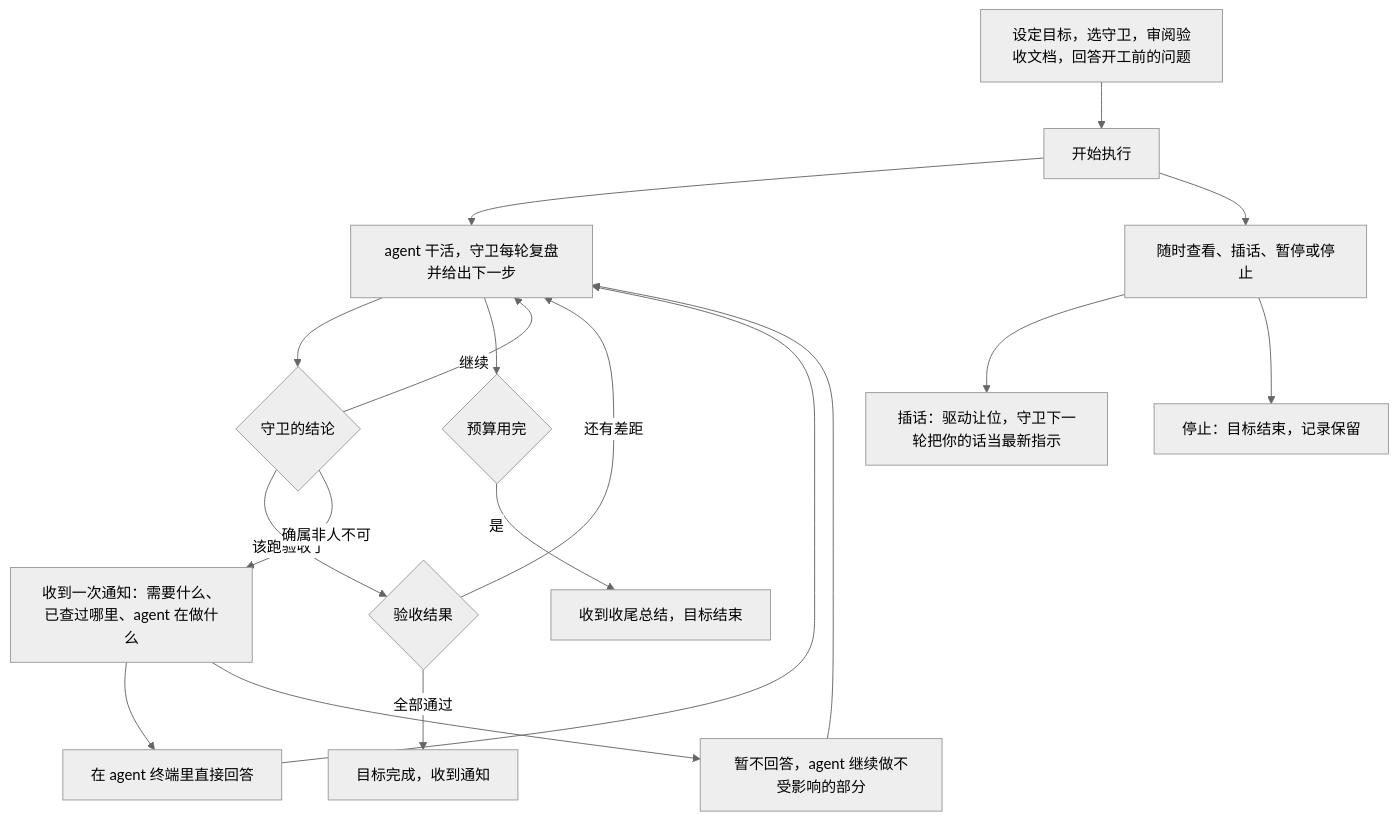
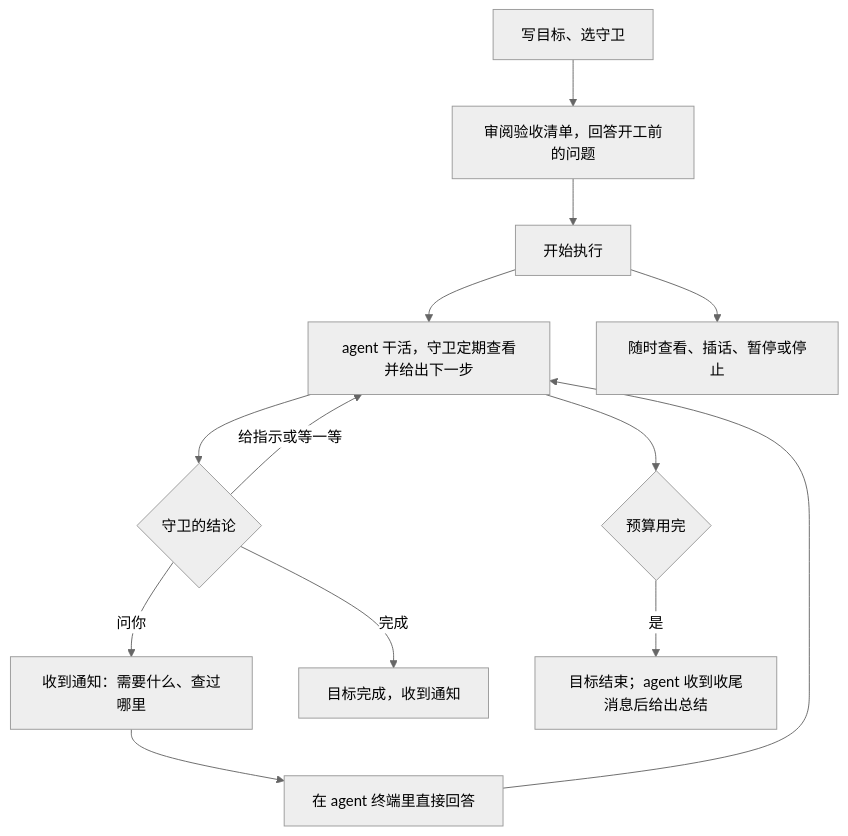
One commit to Fartown/orca changed the second of 3 diagrams in docs/issue/Goal目标模式/solutions/Goal守卫监工与唤醒兜底修订方案.md. Above: the diagram before and after it, drawn with Mermaid (neutral theme). The commit also changed other lines of this file and 87 other files, not shown here.

````diff
--- a/docs/issue/Goal目标模式/solutions/Goal守卫监工与唤醒兜底修订方案.md
+++ b/docs/issue/Goal目标模式/solutions/Goal守卫监工与唤醒兜底修订方案.md
@@ -230,20 +182,15 @@
 ```mermaid
 flowchart TD
-  A["设定目标，选守卫，审阅验收文档，回答开工前的问题"] --> B["开始执行"]
-  B --> C["agent 干活，守卫每轮复盘并给出下一步"]
-  C --> D{"守卫的结论"}
-  D -->|"继续"| C
-  D -->|"该跑验收了"| E{"验收结果"}
-  E -->|"全部通过"| F["目标完成，收到通知"]
-  E -->|"还有差距"| C
-  D -->|"确属非人不可"| G["收到一次通知：需要什么、已查过哪里、agent 在做什么"]
-  G --> H["在 agent 终端里直接回答"]
-  H --> C
-  G --> I["暂不回答，agent 继续做不受影响的部分"]
-  I --> C
-  C --> J{"预算用完"}
-  J -->|"是"| K["收到收尾总结，目标结束"]
-  B --> L["随时查看、插话、暂停或停止"]
-  L --> M["插话：驱动让位，守卫下一轮把你的话当最新指示"]
-  L --> N["停止：目标结束，记录保留"]
+  A["写目标、选守卫"] --> B["审阅验收清单，回答开工前的问题"]
+  B --> C["开始执行"]
+  C --> D["agent 干活，守卫定期查看并给出下一步"]
+  D --> E{"守卫的结论"}
+  E -->|"给指示或等一等"| D
+  E -->|"问你"| F["收到通知：需要什么、查过哪里"]
+  F --> G["在 agent 终端里直接回答"]
+  G --> D
+  E -->|"完成"| H["目标完成，收到通知"]
+  D --> I{"预算用完"}
+  I -->|"是"| J["目标结束；agent 收到收尾消息后给出总结"]
+  C --> K["随时查看、插话、暂停或停止"]
 ```
````
